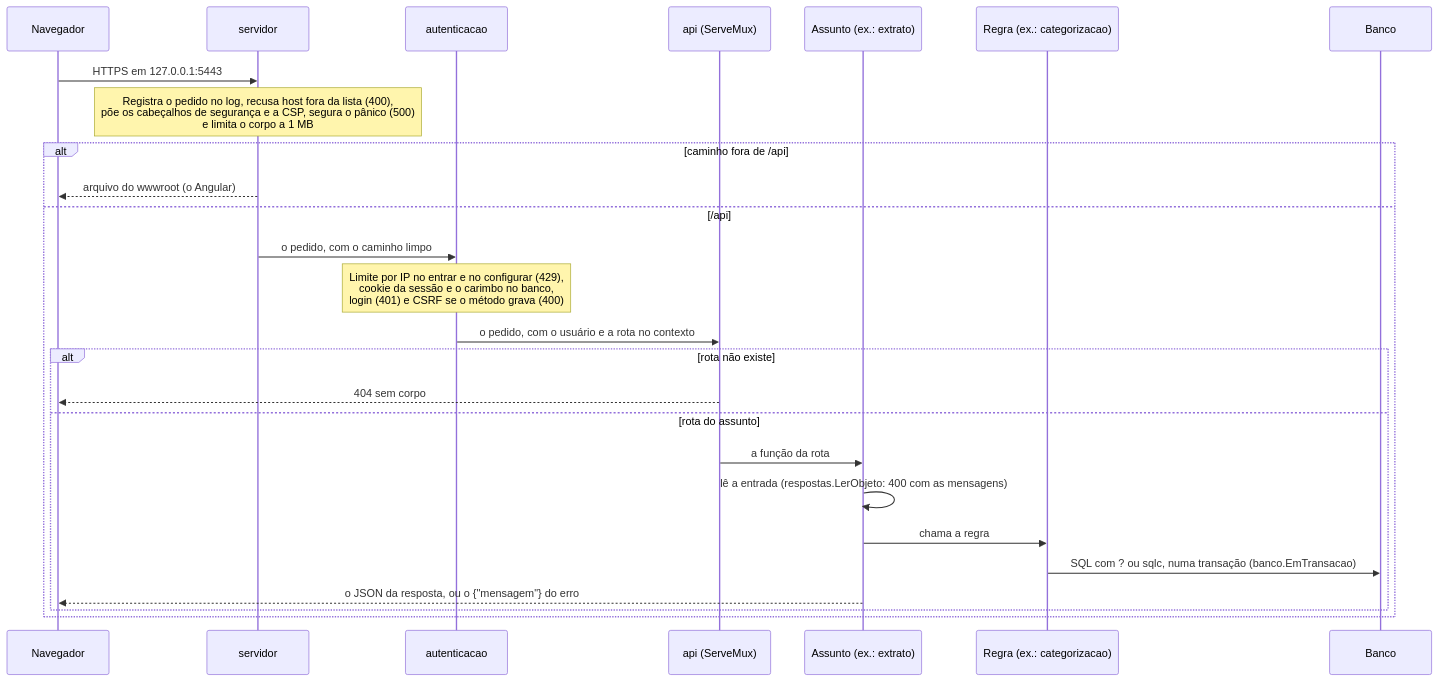
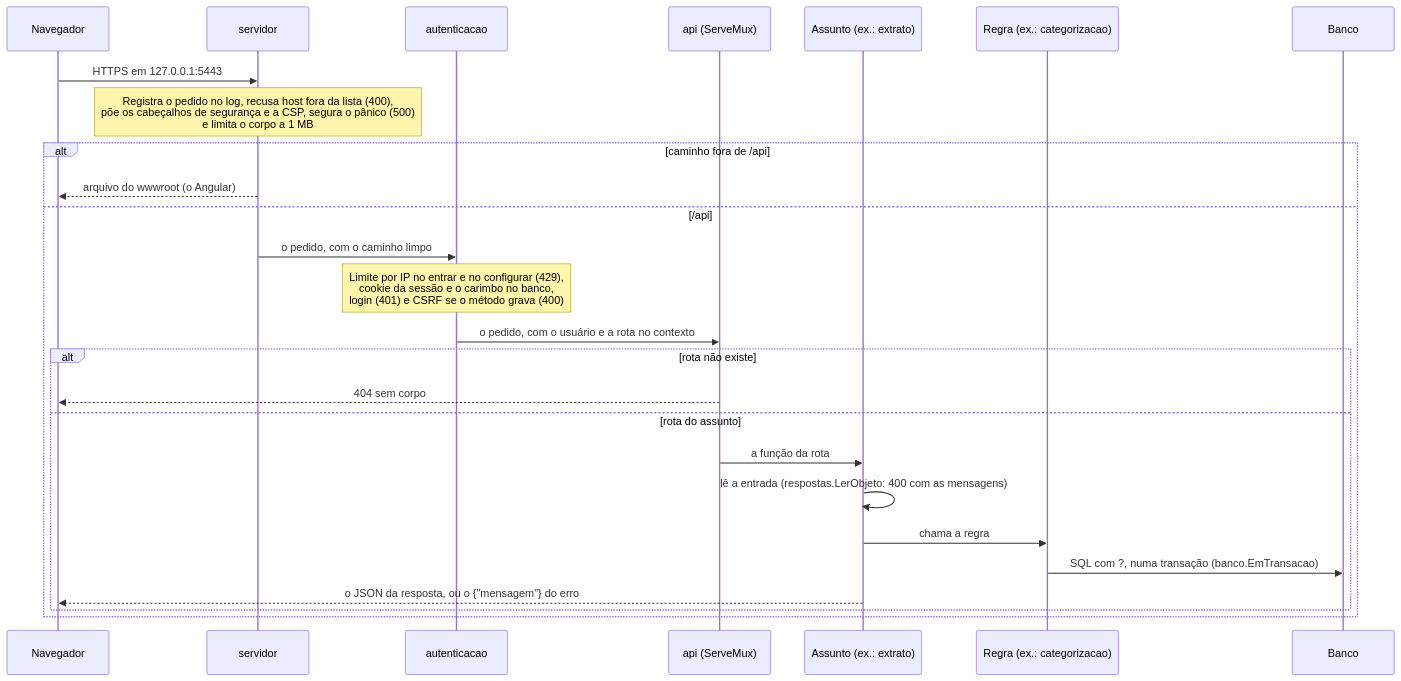
The second of 5 diagrams in docs/arquitetura/fluxos.md (LucasDesenvGit/financas-local), drawn with Mermaid before and after one commit. The commit also changed 78 other files, not shown here.

First line of the commit message:
refactor(api): tirar o sqlc, com as 16 consultas escritas à mão (#771)

````diff
--- a/docs/arquitetura/fluxos.md
+++ b/docs/arquitetura/fluxos.md
@@ -56,29 +56,29 @@
 ```mermaid
 sequenceDiagram
     participant Nav as Navegador
     participant Srv as servidor
     participant Auth as autenticacao
     participant Mux as api (ServeMux)
     participant Ass as Assunto (ex.: extrato)
     participant Reg as Regra (ex.: categorizacao)
     participant BD as Banco
 
     Nav->>Srv: HTTPS em 127.0.0.1:5443
     Note over Srv: Registra o pedido no log, recusa host fora da lista (400),<br/>põe os cabeçalhos de segurança e a CSP, segura o pânico (500)<br/>e limita o corpo a 1 MB
     alt caminho fora de /api
         Srv-->>Nav: arquivo do wwwroot (o Angular)
     else /api
         Srv->>Auth: o pedido, com o caminho limpo
         Note over Auth: Limite por IP no entrar e no configurar (429),<br/>cookie da sessão e o carimbo no banco,<br/>login (401) e CSRF se o método grava (400)
         Auth->>Mux: o pedido, com o usuário e a rota no contexto
         alt rota não existe
             Mux-->>Nav: 404 sem corpo
         else rota do assunto
             Mux->>Ass: a função da rota
             Ass->>Ass: lê a entrada (respostas.LerObjeto: 400 com as mensagens)
             Ass->>Reg: chama a regra
-            Reg->>BD: SQL com ? ou sqlc, numa transação (banco.EmTransacao)
+            Reg->>BD: SQL com ?, numa transação (banco.EmTransacao)
             Ass-->>Nav: o JSON da resposta, ou o {"mensagem"} do erro
         end
     end
 ```
````
